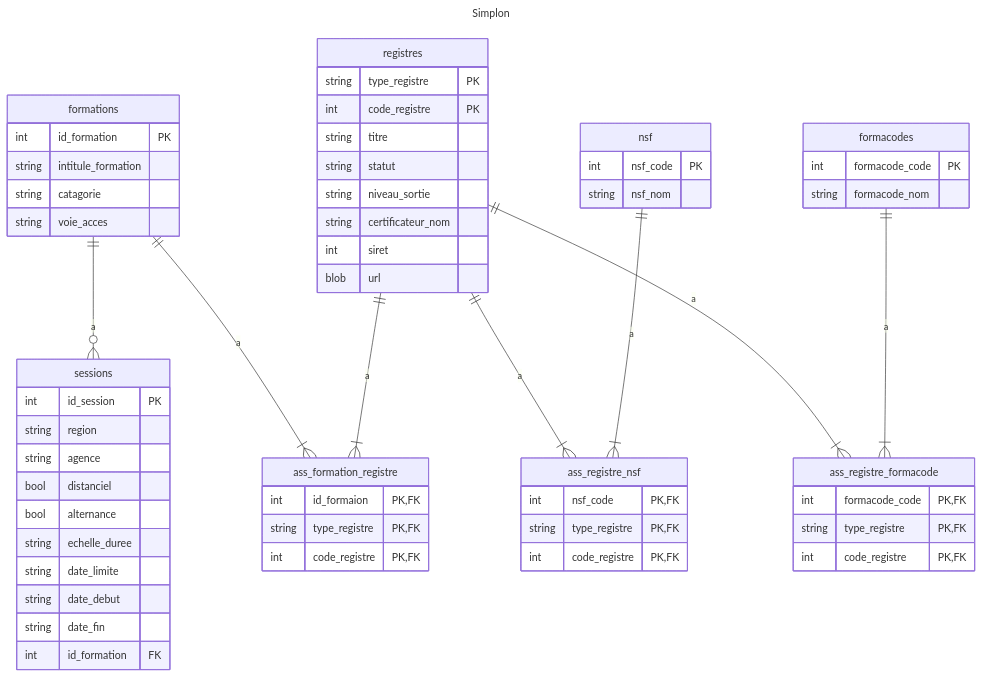
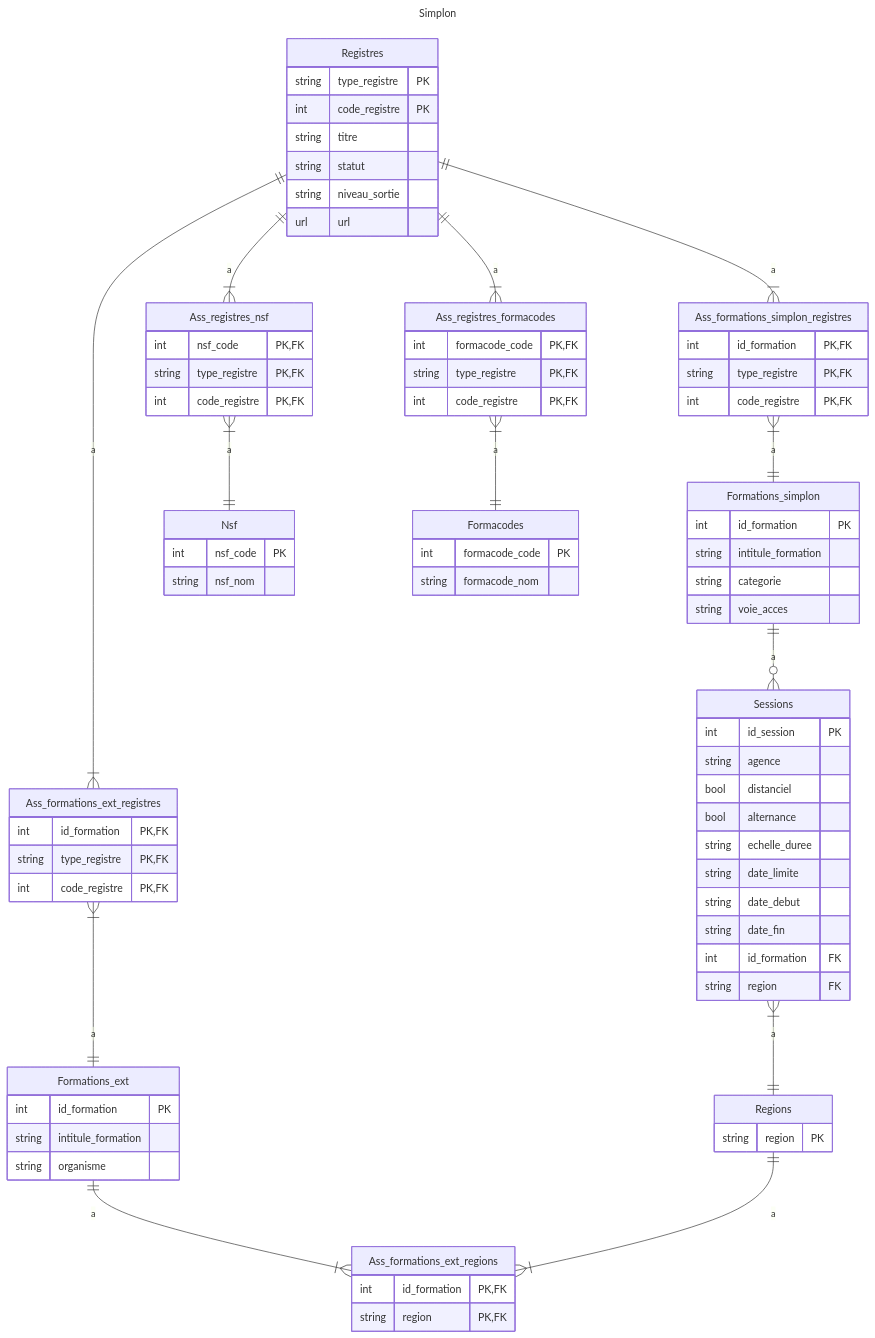
One commit to GuilhemDolet/3_weeks_simplon_project changed the diagram in formation_simplon/schema.md. Above: the diagram before and after it, drawn with Mermaid. The commit also changed 6 other files, not shown here.

Commit message:
update schema mermaid (tables missing), added script_azure_bdd.sh, added create_db.py, updated .gitignore (.env), added toml (and python-dotenv), added readme instructions

````diff
--- a/formation_simplon/schema.md
+++ b/formation_simplon/schema.md
@@ -4,15 +4,19 @@
 ---
 
 erDiagram
-    formations {
+    Formations_simplon {
         int id_formation PK
         string intitule_formation
-        string catagorie
+        string categorie
         string voie_acces
     }
-    sessions {
+    Formations_ext{
+        int id_formation PK
+        string intitule_formation
+        string organisme
+    }
+    Sessions {
         int id_session PK
-        string region
         string agence
         bool distanciel
         bool alternance
@@ -21,46 +25,63 @@
         string date_debut
         string date_fin
         int id_formation FK
+        string region FK
     }
-    registres {
+    Regions {
+        string region PK
+    }
+    Registres {
         string type_registre PK
         int code_registre PK
         string titre
         string statut
         string niveau_sortie
-        string certificateur_nom
-        int siret
-        blob url
+        url url
     }
-    nsf {
+    Nsf {
         int nsf_code PK
         string nsf_nom
     }
-    formacodes {
+    Formacodes {
         int formacode_code PK
         string formacode_nom
     }
-    ass_formation_registre {
-        int id_formaion PK, FK
+    Ass_formations_simplon_registres {
+        int id_formation PK, FK
         string type_registre PK, FK
         int code_registre PK, FK
     }
-    ass_registre_nsf {
+    Ass_formations_ext_registres {
+        int id_formation PK, FK
+        string type_registre PK, FK
+        int code_registre PK, FK
+    }
+    Ass_registres_nsf {
         int nsf_code PK, FK
         string type_registre PK, FK
         int code_registre PK, FK
     }
-    ass_registre_formacode {
+    Ass_registres_formacodes {
         int formacode_code PK, FK
         string type_registre PK, FK
         int code_registre PK, FK
     }
-    formations ||--o{ sessions : a
-    formations ||--|{ ass_formation_registre : a
-    registres ||--|{ ass_formation_registre : a
-    registres ||--|{ ass_registre_nsf : a
-    nsf ||--|{ ass_registre_nsf : a
-    registres ||--|{ ass_registre_formacode : a
-    formacodes ||--|{ ass_registre_formacode : a
+    Ass_formations_ext_regions {
+        int id_formation PK, FK
+        string region PK, FK
+    }
+
+    Registres ||--|{ Ass_registres_nsf : a
+    Ass_registres_nsf }|--|| Nsf : a
+    Registres ||--|{ Ass_registres_formacodes : a
+    Ass_registres_formacodes }|--|| Formacodes : a
+    Registres ||--|{ Ass_formations_simplon_registres : a
+    Ass_formations_simplon_registres }|--|| Formations_simplon : a
+    Registres ||--|{ Ass_formations_ext_registres : a
+    Ass_formations_ext_registres }|--|| Formations_ext : a 
+    Formations_simplon ||--o{ Sessions : a    
+    Sessions }|--|| Regions: a
+    Formations_ext ||--|{ Ass_formations_ext_regions : a
+    Regions ||--|{ Ass_formations_ext_regions : a 
 
 ```
````
